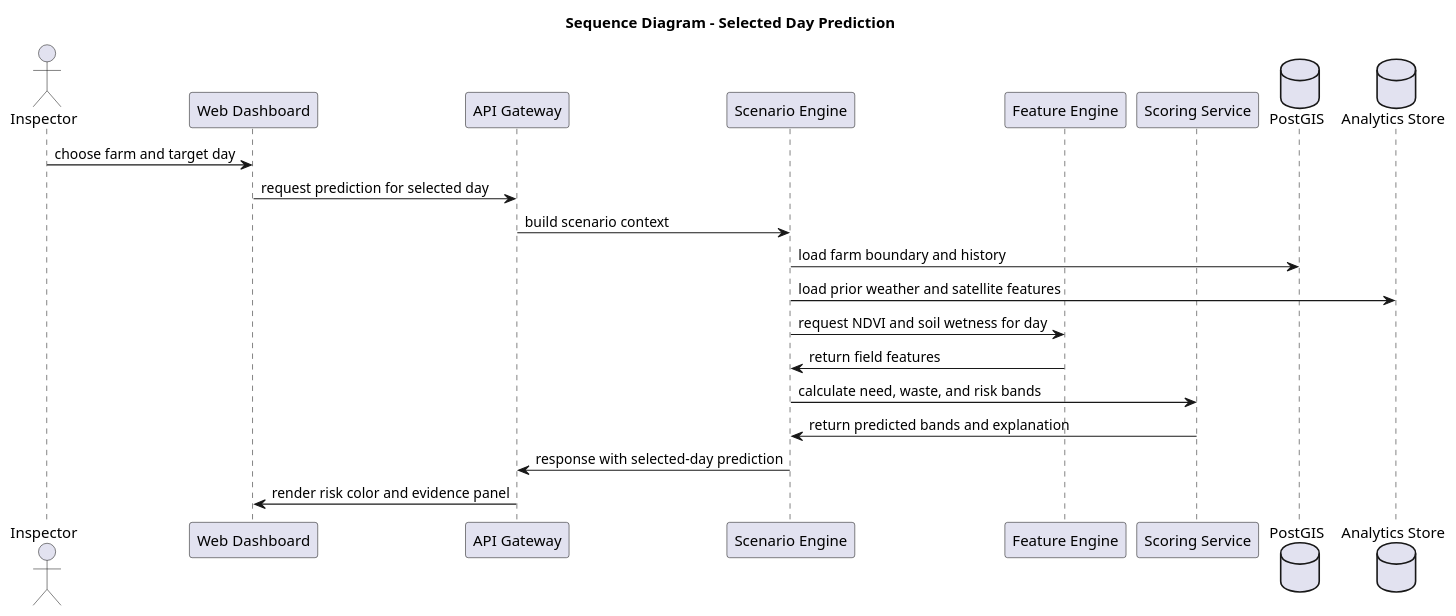
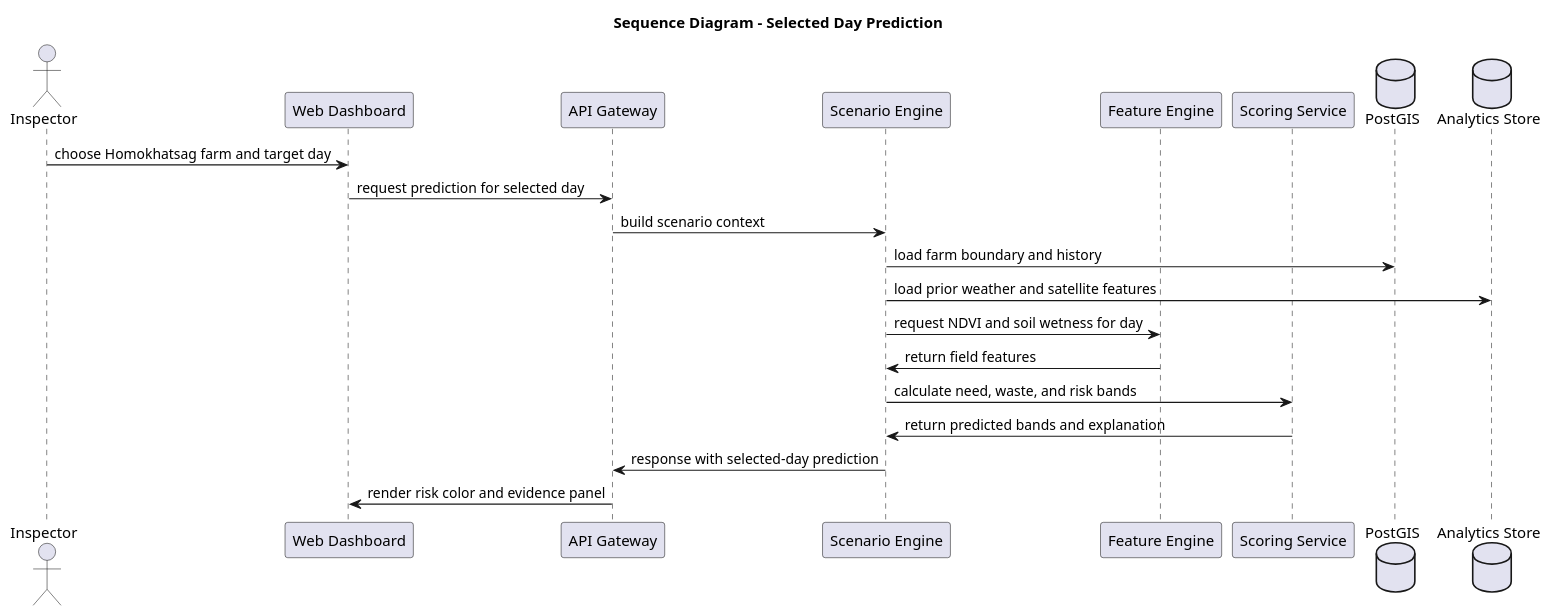
One commit to falafell99/HydroSentinel-CASSINI-2026 changed the diagram in design/selected-day-sequence.puml. Above: the diagram before and after it, drawn with PlantUML. The commit also changed 2 other files, not shown here.

```diff
--- a/design/selected-day-sequence.puml
+++ b/design/selected-day-sequence.puml
@@ -1,25 +1,25 @@
 @startuml
 title Sequence Diagram - Selected Day Prediction
 
 actor Inspector
 participant "Web Dashboard" as Dashboard
 participant "API Gateway" as API
 participant "Scenario Engine" as Scenario
 participant "Feature Engine" as Features
 participant "Scoring Service" as Scoring
 database "PostGIS" as PostGIS
 database "Analytics Store" as Analytics
 
-Inspector -> Dashboard : choose farm and target day
+Inspector -> Dashboard : choose Homokhatsag farm and target day
 Dashboard -> API : request prediction for selected day
 API -> Scenario : build scenario context
 Scenario -> PostGIS : load farm boundary and history
 Scenario -> Analytics : load prior weather and satellite features
 Scenario -> Features : request NDVI and soil wetness for day
 Features -> Scenario : return field features
 Scenario -> Scoring : calculate need, waste, and risk bands
 Scoring -> Scenario : return predicted bands and explanation
 Scenario -> API : response with selected-day prediction
 API -> Dashboard : render risk color and evidence panel
 
 @enduml
```
